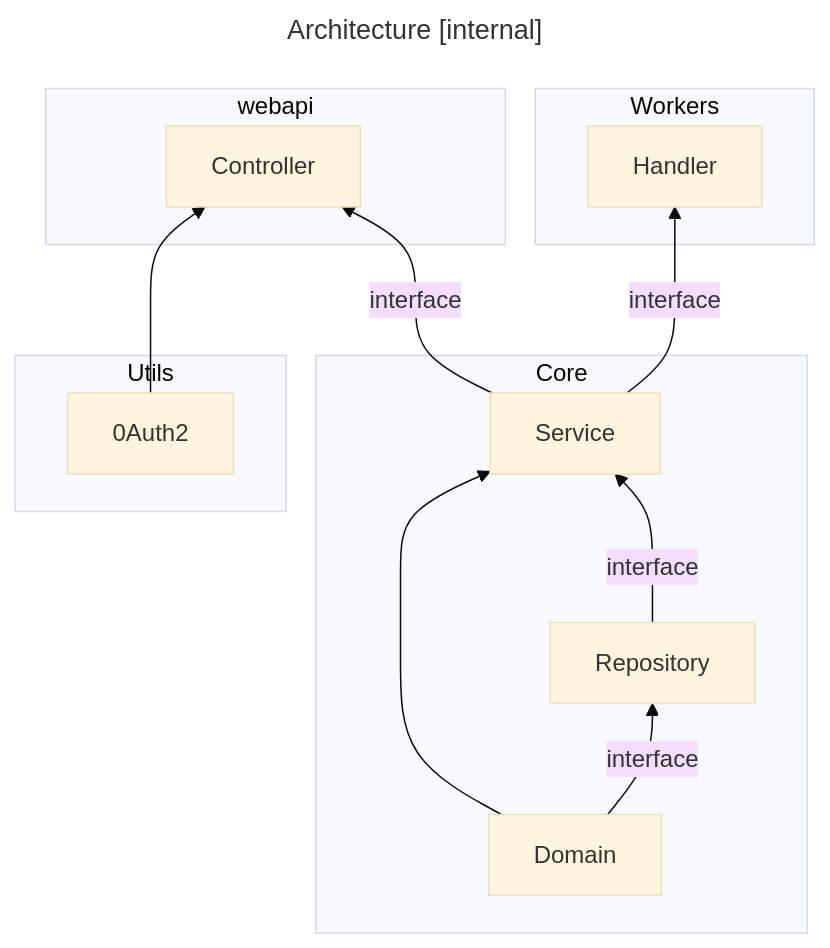
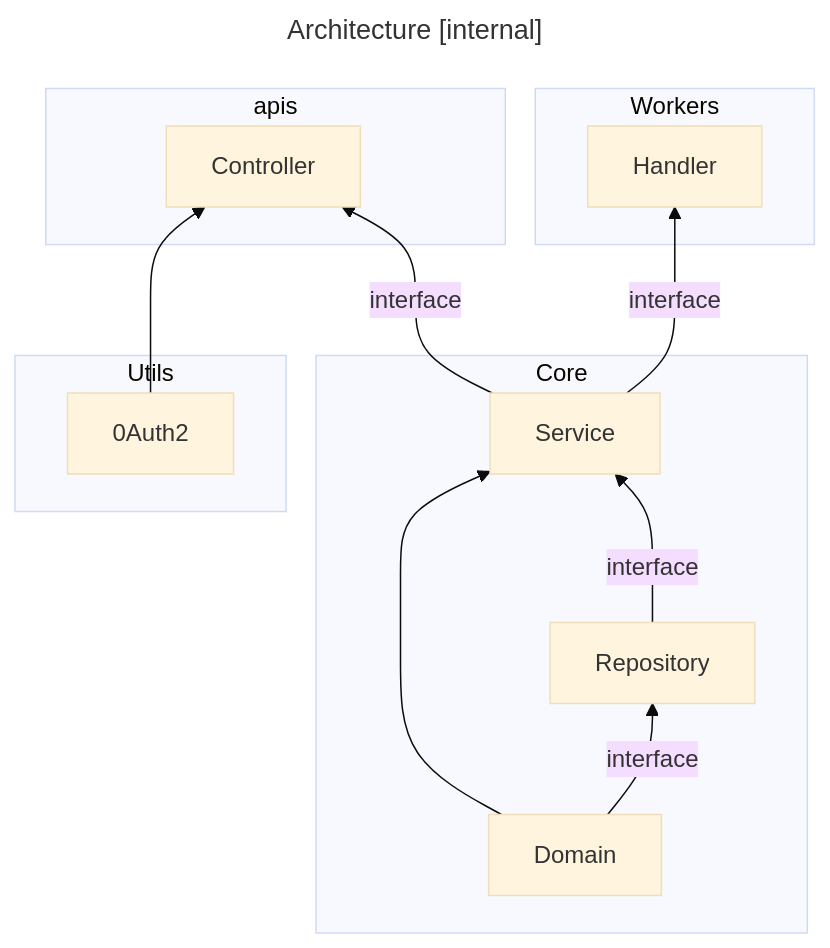
The second of 2 diagrams in internal/README.md (swclabs/swix), drawn with Mermaid (base theme) before and after one commit. The commit also changed other lines of this file and 155 other files, not shown here.

````diff
--- a/internal/README.md
+++ b/internal/README.md
@@ -33,27 +33,27 @@
 ```mermaid
 ---
 title: Architecture [internal]
 ---
 flowchart BT
   subgraph Core
     Domain-->Service
     Domain-- interface -->Repository
     Repository-- interface -->Service
   end
 
   subgraph Utils
     0Auth2
   end
 
-  subgraph webapi
+  subgraph apis
     0Auth2 --> Controller
   end
 
   subgraph Workers
     Handler
   end
 
   Service -- interface --> Controller
   Service -- interface --> Handler
 
 ```
````
